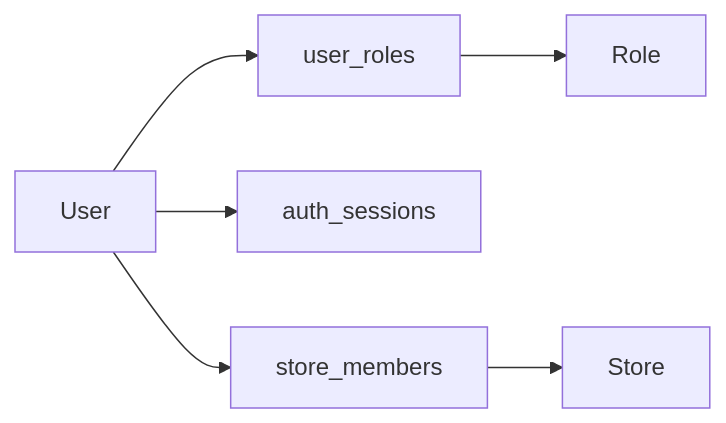
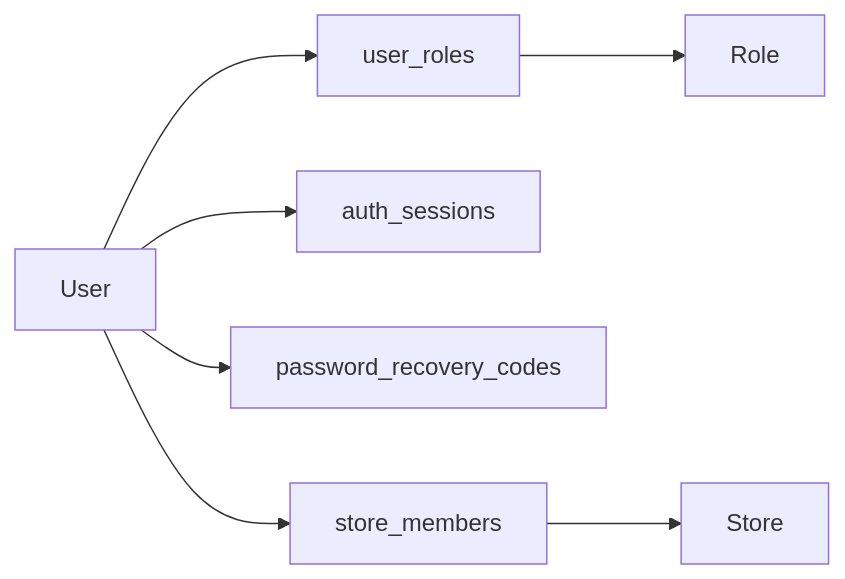
One commit to AlexanderORDevs/gami_backend changed the second of 2 diagrams in prisma/DATABASE_DICTIONARY.md. Above: the diagram before and after it, drawn with Mermaid. The commit also changed other lines of this file and 45 other files, not shown here.

````diff
--- a/prisma/DATABASE_DICTIONARY.md
+++ b/prisma/DATABASE_DICTIONARY.md
@@ -34,8 +34,9 @@
 ```mermaid
 flowchart LR
     User --> UserRole[user_roles]
     UserRole --> Role
     User --> AuthSession[auth_sessions]
+    User --> PasswordRecoveryCode[password_recovery_codes]
     User --> StoreMember[store_members]
     StoreMember --> Store
 ```
````
